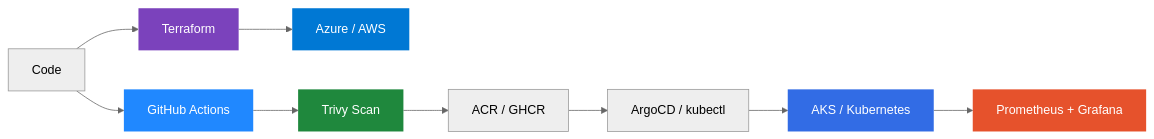
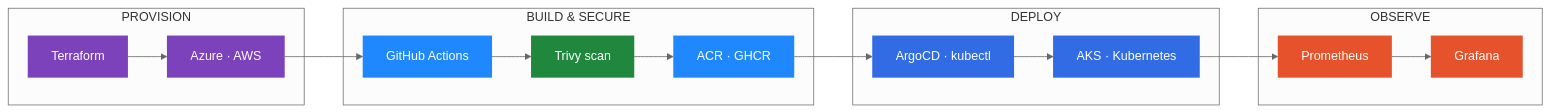
One commit to aniket-devop/aniket-devop changed the diagram in README.md. Above: the diagram before and after it, drawn with Mermaid (neutral theme). The commit also changed other lines of this file, not shown here.

````diff
--- a/README.md
+++ b/README.md
@@ -44,18 +48,29 @@
 ```mermaid
 flowchart LR
-    A[Code] --> B[Terraform]
-    B --> C[Azure / AWS]
-    A --> D[GitHub Actions]
-    D --> E[Trivy Scan]
-    E --> F[ACR / GHCR]
-    F --> G[ArgoCD / kubectl]
-    G --> H[AKS / Kubernetes]
-    H --> I[Prometheus + Grafana]
+    subgraph P[" PROVISION "]
+        TF["Terraform"] --> CLOUD["Azure · AWS"]
+    end
+    subgraph B[" BUILD & SECURE "]
+        GH["GitHub Actions"] --> SCAN["Trivy scan"] --> REG["ACR · GHCR"]
+    end
+    subgraph D[" DEPLOY "]
+        ARGO["ArgoCD · kubectl"] --> K8S["AKS · Kubernetes"]
+    end
+    subgraph O[" OBSERVE "]
+        PROM["Prometheus"] --> GRAF["Grafana"]
+    end
+    CLOUD --> GH
+    REG --> ARGO
+    K8S --> PROM
 
-    style B fill:#7B42BC,color:#fff,stroke:none
-    style C fill:#0078D4,color:#fff,stroke:none
-    style D fill:#2088FF,color:#fff,stroke:none
-    style E fill:#1F883D,color:#fff,stroke:none
-    style H fill:#326CE5,color:#fff,stroke:none
-    style I fill:#E6522C,color:#fff,stroke:none
+    classDef iac fill:#7B42BC,color:#fff,stroke:none
+    classDef ci fill:#2088FF,color:#fff,stroke:none
+    classDef sec fill:#1F883D,color:#fff,stroke:none
+    classDef k8s fill:#326CE5,color:#fff,stroke:none
+    classDef obs fill:#E6522C,color:#fff,stroke:none
+    class TF,CLOUD iac
+    class GH,REG ci
+    class SCAN sec
+    class ARGO,K8S k8s
+    class PROM,GRAF obs
 ```
````
